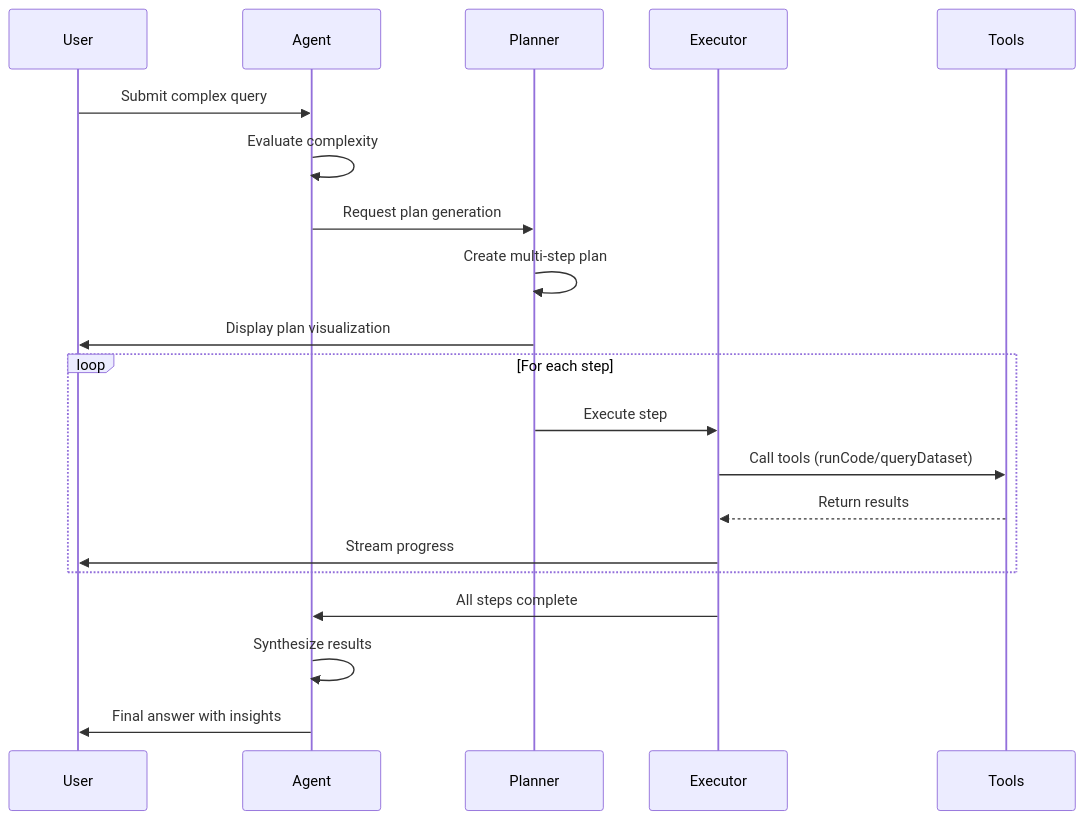
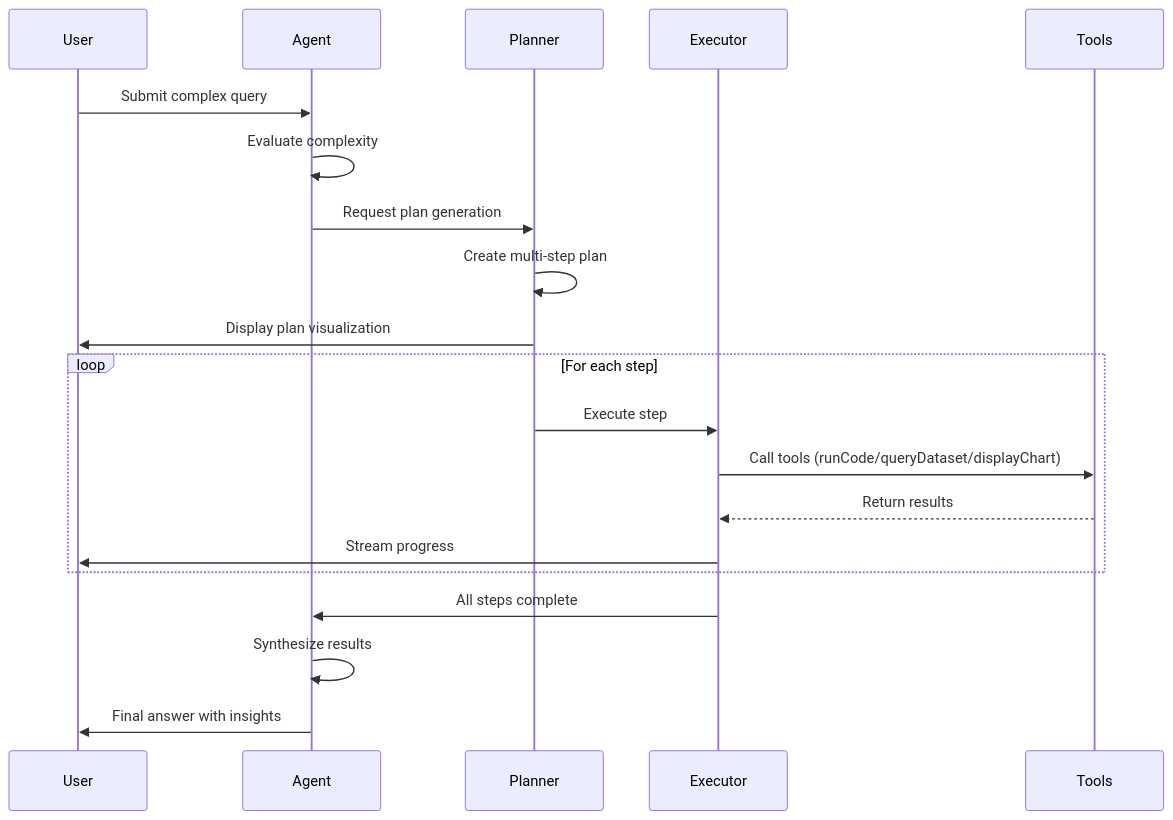
The third of 3 diagrams in README.md (jhlopen/novablick), drawn with Mermaid before and after one commit. The commit also changed other lines of this file and 13 other files, not shown here.

Commit message:
feat: integrate tool for rendering chart and table

````diff
--- a/README.md
+++ b/README.md
@@ -51,25 +51,25 @@
 ```mermaid
 sequenceDiagram
     participant U as User
     participant A as Agent
     participant P as Planner
     participant E as Executor
     participant T as Tools
 
     U->>A: Submit complex query
     A->>A: Evaluate complexity
     A->>P: Request plan generation
     P->>P: Create multi-step plan
     P->>U: Display plan visualization
 
     loop For each step
         P->>E: Execute step
-        E->>T: Call tools (runCode/queryDataset)
+        E->>T: Call tools (runCode/queryDataset/displayChart)
         T-->>E: Return results
         E->>U: Stream progress
     end
 
     E->>A: All steps complete
     A->>A: Synthesize results
     A->>U: Final answer with insights
 ```
````
